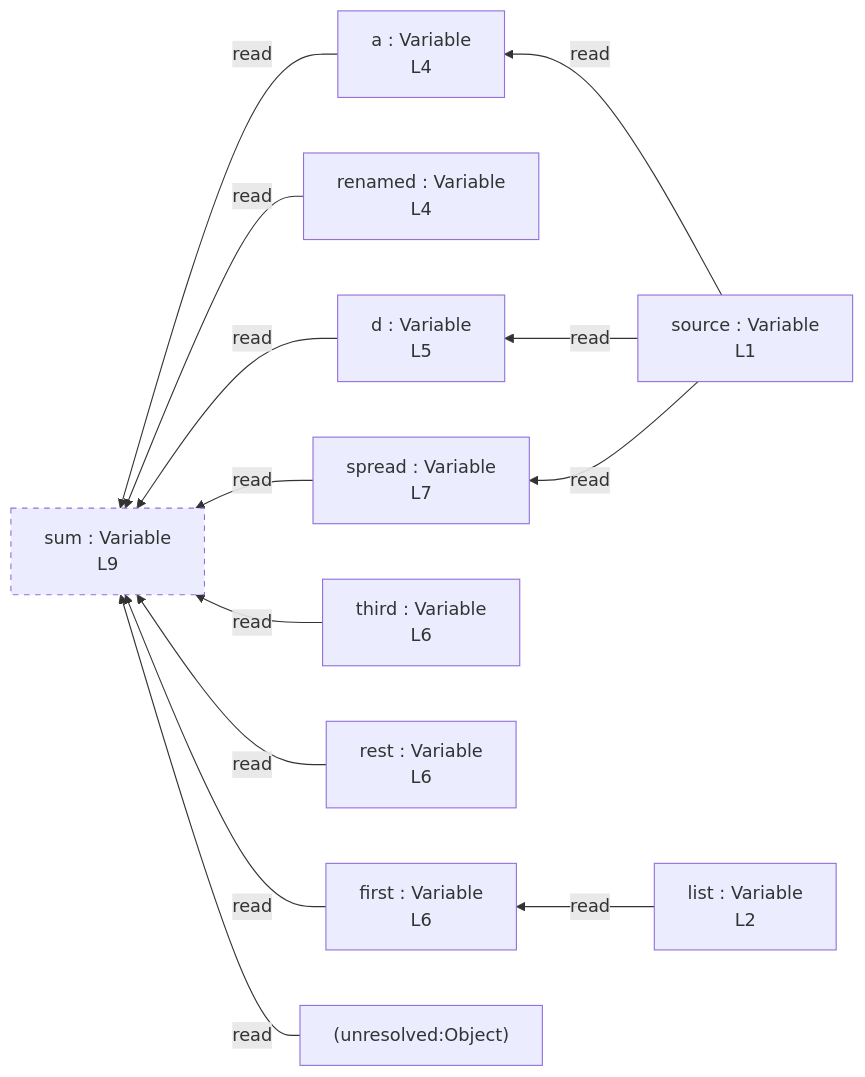
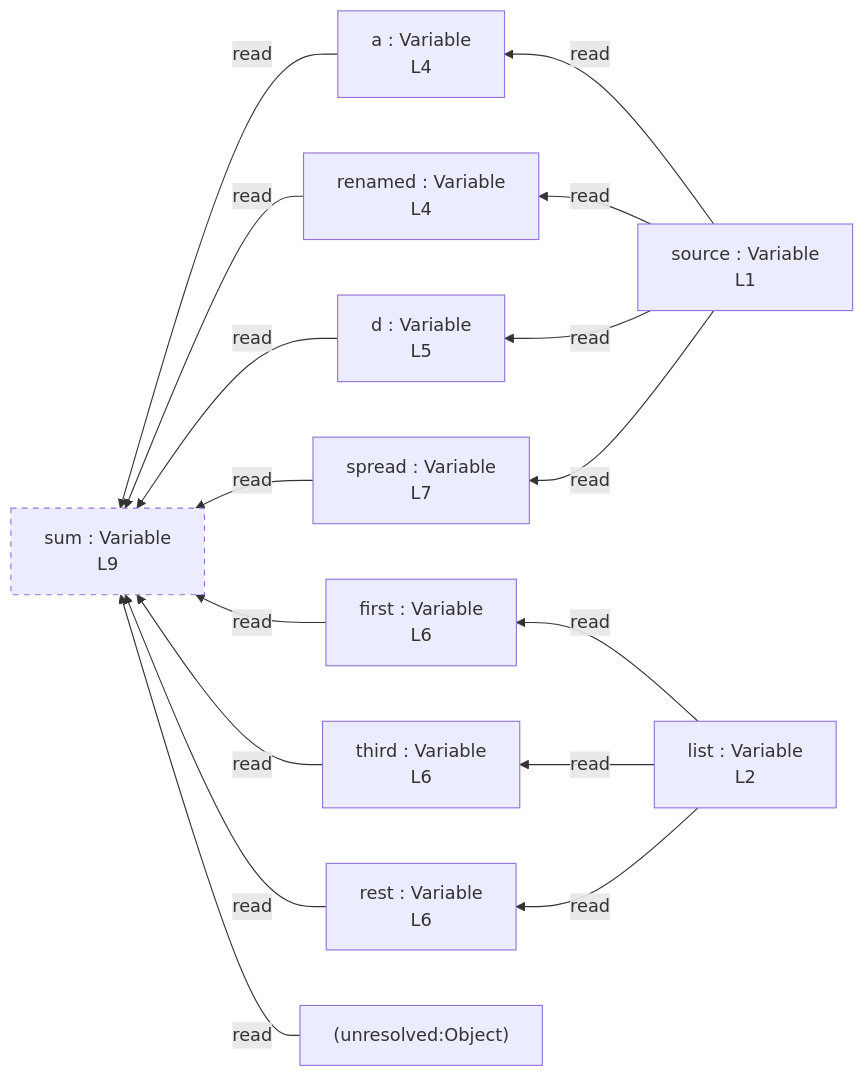
The diagram in integration/fixtures/destructuring/preview.md (crescware/unsnarl), drawn with Mermaid before and after one commit. The commit also changed 20 other files, not shown here.

````diff
--- a/integration/fixtures/destructuring/preview.md
+++ b/integration/fixtures/destructuring/preview.md
@@ -19,28 +19,31 @@
 ```mermaid
 flowchart RL
   n_scope_0_source_6["source : Variable\nL1"]
   n_scope_0_list_61["list : Variable\nL2"]
   n_scope_0_a_95["a : Variable\nL4"]
   n_scope_0_renamed_101["renamed : Variable\nL4"]
   n_scope_0_d_139["d : Variable\nL5"]
   n_scope_0_first_162["first : Variable\nL6"]
   n_scope_0_third_171["third : Variable\nL6"]
   n_scope_0_rest_181["rest : Variable\nL6"]
   n_scope_0_spread_206["spread : Variable\nL7"]
   n_scope_0_sum_232["sum : Variable\nL9"]
   n_scope_0_Object_286["(unresolved:Object)"]
   n_scope_0_source_6 -->|read| n_scope_0_a_95
+  n_scope_0_source_6 -->|read| n_scope_0_renamed_101
   n_scope_0_source_6 -->|read| n_scope_0_d_139
   n_scope_0_list_61 -->|read| n_scope_0_first_162
+  n_scope_0_list_61 -->|read| n_scope_0_third_171
+  n_scope_0_list_61 -->|read| n_scope_0_rest_181
   n_scope_0_source_6 -->|read| n_scope_0_spread_206
   n_scope_0_a_95 -->|read| n_scope_0_sum_232
   n_scope_0_renamed_101 -->|read| n_scope_0_sum_232
   n_scope_0_d_139 -->|read| n_scope_0_sum_232
   n_scope_0_first_162 -->|read| n_scope_0_sum_232
   n_scope_0_third_171 -->|read| n_scope_0_sum_232
   n_scope_0_rest_181 -->|read| n_scope_0_sum_232
   n_scope_0_Object_286 -->|read| n_scope_0_sum_232
   n_scope_0_spread_206 -->|read| n_scope_0_sum_232
   classDef unused stroke-dasharray: 5 5;
   class n_scope_0_sum_232 unused;
 ```
````
